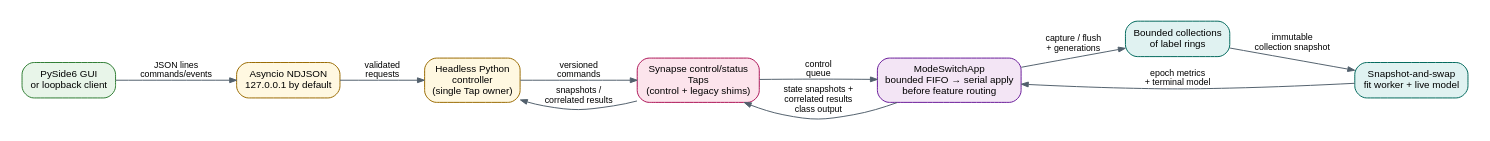
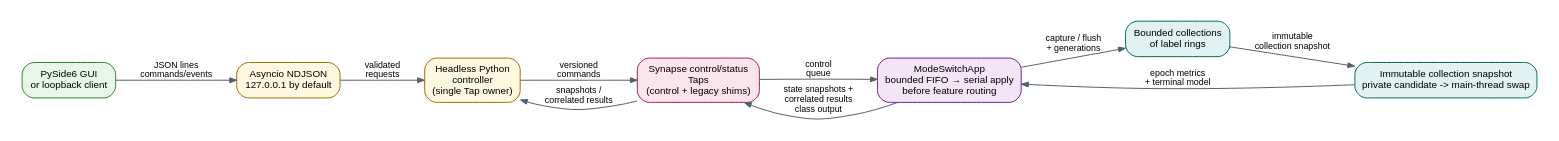
The diagram in apps/broadband-mode-switch/docs/gui-control-architecture.dot (Neuro-Mechatronics-Interfaces/ScienceXYZ), drawn with Graphviz before and after one commit. The commit also changed 10 other files, not shown here.

```diff
--- a/apps/broadband-mode-switch/docs/gui-control-architecture.dot
+++ b/apps/broadband-mode-switch/docs/gui-control-architecture.dot
@@ -1,23 +1,23 @@
 digraph broadband_gui_control {
   graph [rankdir=LR, bgcolor="white", pad="0.2", nodesep="0.35", ranksep="0.65"];
   node [shape=box, style="rounded,filled", fillcolor="#eef4ff", color="#315a9b", fontname="Arial", fontsize=10, margin="0.12,0.08"];
   edge [color="#52606d", arrowsize=0.7, fontname="Arial", fontsize=9];
 
   client [label="PySide6 GUI\nor loopback client", fillcolor="#e8f5e9", color="#2e7d32"];
   socket [label="Asyncio NDJSON\n127.0.0.1 by default", fillcolor="#fff8e1", color="#9a6b00"];
   controller [label="Headless Python\ncontroller\n(single Tap owner)", fillcolor="#fff8e1", color="#9a6b00"];
   taps [label="Synapse control/status\nTaps\n(control + legacy shims)", fillcolor="#fce4ec", color="#ad1457"];
   app [label="ModeSwitchApp\nbounded FIFO → serial apply\nbefore feature routing", fillcolor="#f3e5f5", color="#6a1b9a"];
   buffers [label="Bounded collections\nof label rings", fillcolor="#e0f2f1", color="#00695c"];
-  fit [label="Snapshot-and-swap\nfit worker + live model", fillcolor="#e0f2f1", color="#00695c"];
+  fit [label="Immutable collection snapshot\nprivate candidate -> main-thread swap", fillcolor="#e0f2f1", color="#00695c"];
 
   client -> socket [label="JSON lines\ncommands/events"];
   socket -> controller [label="validated\nrequests"];
   controller -> taps [label="versioned\ncommands"];
   taps -> app [label="control\nqueue"];
   app -> buffers [label="capture / flush\n+ generations"];
   buffers -> fit [label="immutable\ncollection snapshot"];
   fit -> app [label="epoch metrics\n+ terminal model"];
   app -> taps [label="state snapshots +\ncorrelated results\nclass output"];
   taps -> controller [label="snapshots /\ncorrelated results"];
 }
```
